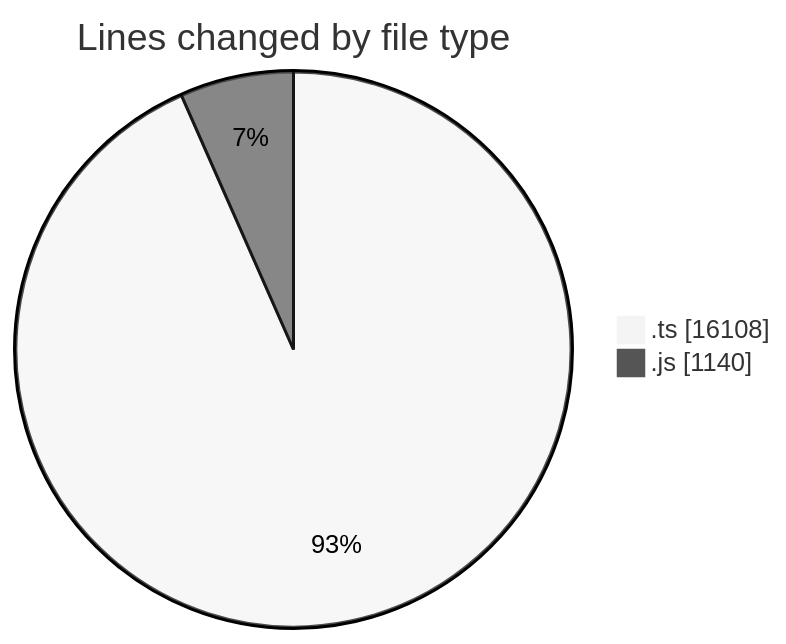
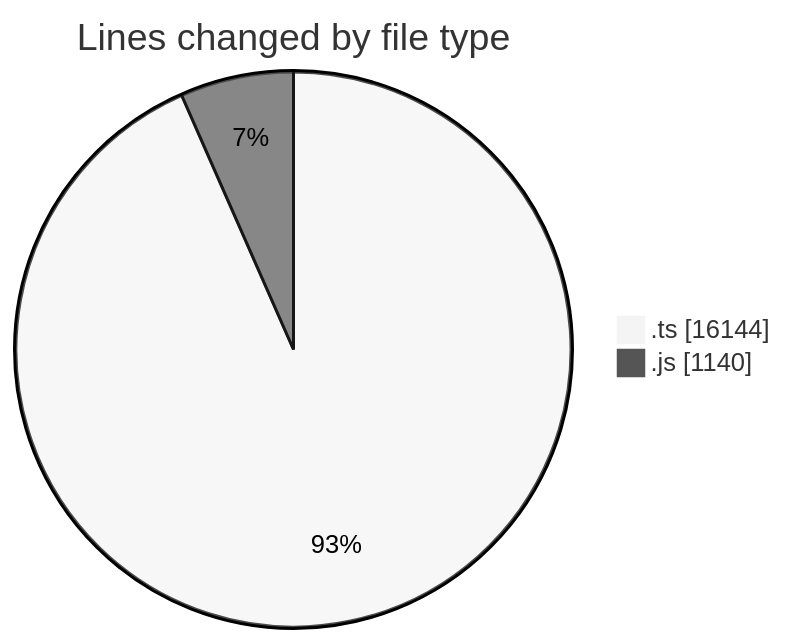
One commit to momahboobian/code-tracking changed the first of 2 diagrams in 2025-06-27/cda/README.md. Above: the diagram before and after it, drawn with Mermaid (neutral theme). The commit also changed other lines of this file and 1 other file, not shown here.

````diff
--- a/2025-06-27/cda/README.md
+++ b/2025-06-27/cda/README.md
@@ -29,6 +29,6 @@
 ```mermaid
 pie showData
 title Lines changed by file type
-".ts" : 16108
+".ts" : 16144
 ".js" : 1140
 ```
````
